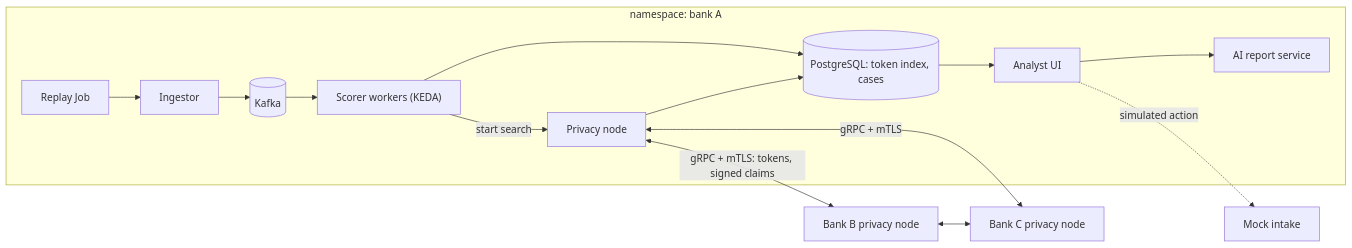
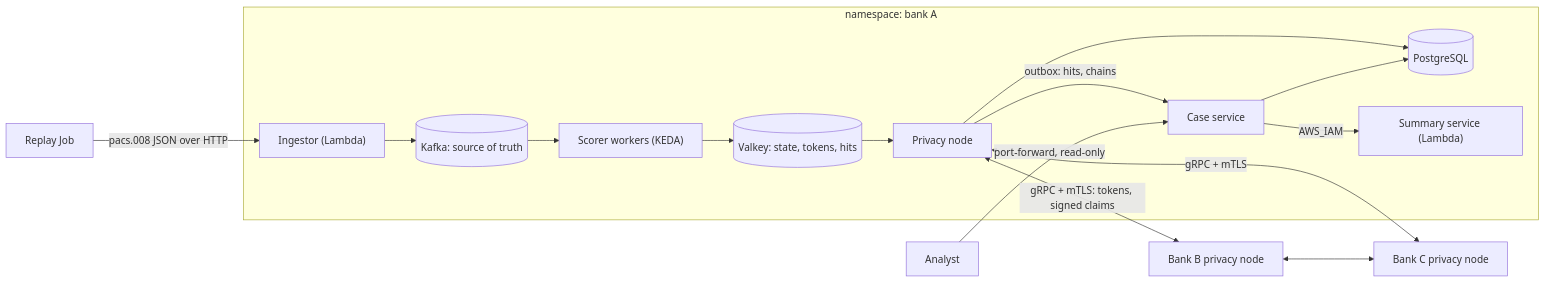
One commit to 10x-Slackers/CSC3104 changed the diagram in docs/overview.md. Above: the diagram before and after it, drawn with Mermaid. The commit also changed other lines of this file and 10 other files, not shown here.

````diff
--- a/docs/overview.md
+++ b/docs/overview.md
@@ -61,15 +56,18 @@
 ```mermaid
 flowchart LR
+  R[Replay Job] -- "pacs.008 JSON over HTTP" --> I
   subgraph A["namespace: bank A"]
-    R[Replay Job] --> I[Ingestor] --> K[(Kafka)]
+    I["Ingestor (Lambda)"] --> K[("Kafka: source of truth")]
     K --> S["Scorer workers (KEDA)"]
-    S --> DB[("PostgreSQL: token index, cases")]
-    S -- start search --> P[Privacy node]
-    P --> DB
-    DB --> UI[Analyst UI] --> RS[AI report service]
+    S --> V[("Valkey: state, tokens, hits")]
+    V --> P[Privacy node]
+    P --> DB[("PostgreSQL")]
+    P -- "outbox: hits, chains" --> C[Case service]
+    C --> DB
+    C -- AWS_IAM --> SS["Summary service (Lambda)"]
   end
   P <-- "gRPC + mTLS: tokens, signed claims" --> PB[Bank B privacy node]
   P <-- "gRPC + mTLS" --> PC[Bank C privacy node]
   PB <--> PC
-  UI -. simulated action .-> MI[Mock intake]
+  AN[Analyst] -- "port-forward, read-only" --> C
 ```
````
